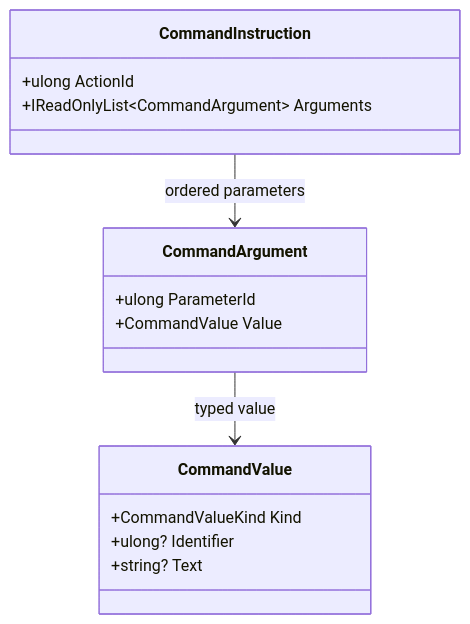
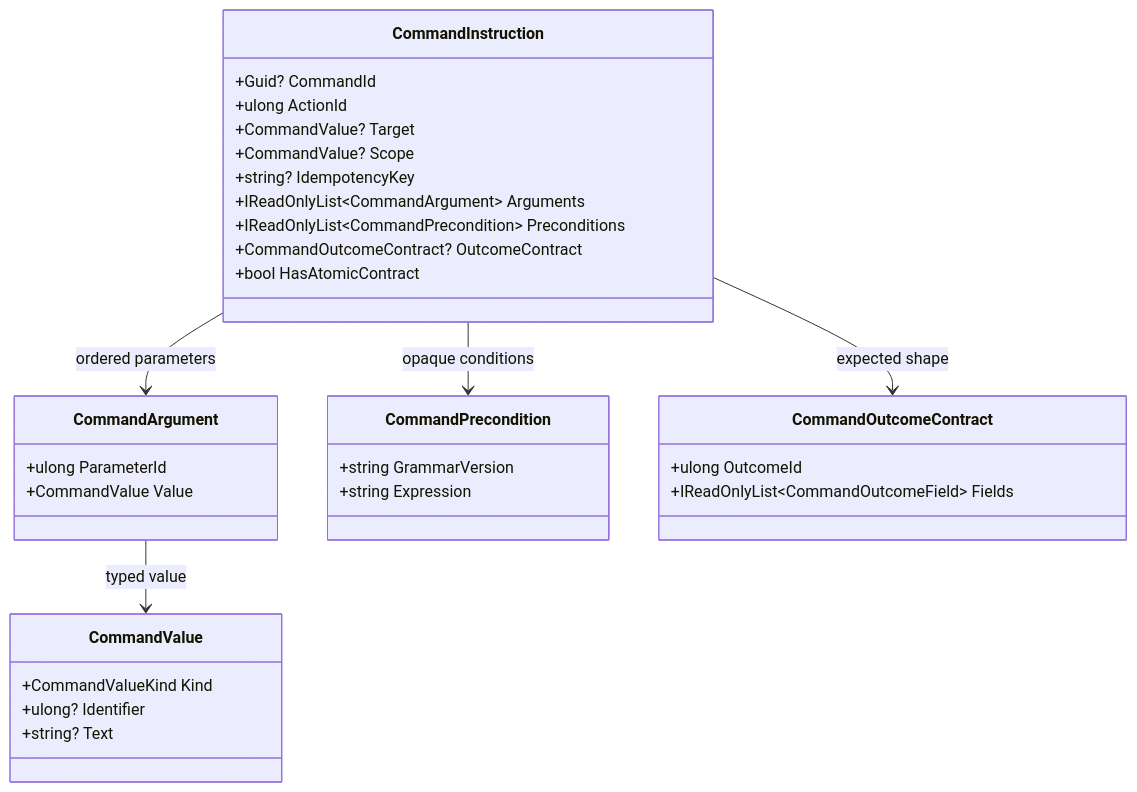
Before and after one commit to TrentBest/TheSingularityWorkshop.CommandAi: the diagram in docs/UML/CommandInstructionUML.md, drawn with Mermaid. The commit also changed other lines of this file, not shown here.

Commit message:
docs: align AI ownership and UML with enriched v1

```diff
--- a/docs/UML/CommandInstructionUML.md
+++ b/docs/UML/CommandInstructionUML.md
@@ -6,18 +6,35 @@
 ~~~mermaid
 classDiagram
   class CommandInstruction {
+    +Guid? CommandId
     +ulong ActionId
+    +CommandValue? Target
+    +CommandValue? Scope
+    +string? IdempotencyKey
     +IReadOnlyList~CommandArgument~ Arguments
+    +IReadOnlyList~CommandPrecondition~ Preconditions
+    +CommandOutcomeContract? OutcomeContract
+    +bool HasAtomicContract
   }
   class CommandArgument {
     +ulong ParameterId
     +CommandValue Value
   }
   class CommandValue {
     +CommandValueKind Kind
     +ulong? Identifier
     +string? Text
   }
+  class CommandPrecondition {
+    +string GrammarVersion
+    +string Expression
+  }
+  class CommandOutcomeContract {
+    +ulong OutcomeId
+    +IReadOnlyList~CommandOutcomeField~ Fields
+  }
   CommandInstruction --> CommandArgument : ordered parameters
+  CommandInstruction --> CommandPrecondition : opaque conditions
+  CommandInstruction --> CommandOutcomeContract : expected shape
   CommandArgument --> CommandValue : typed value
-~~~
+~~~ 
```
